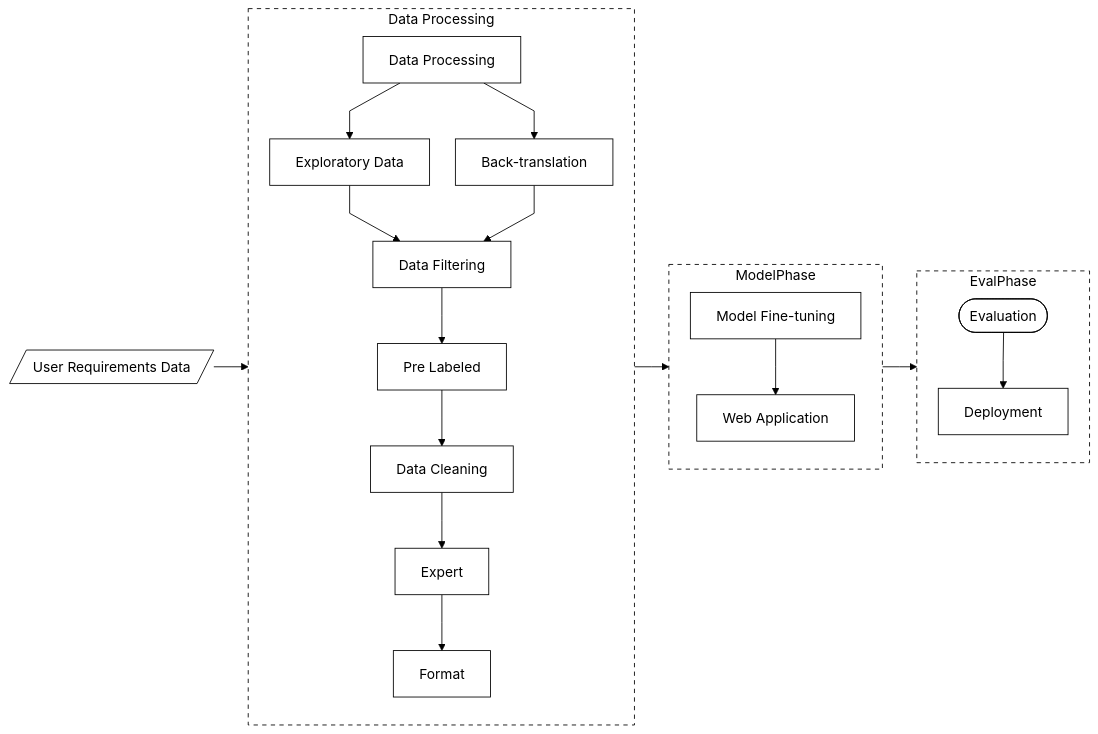
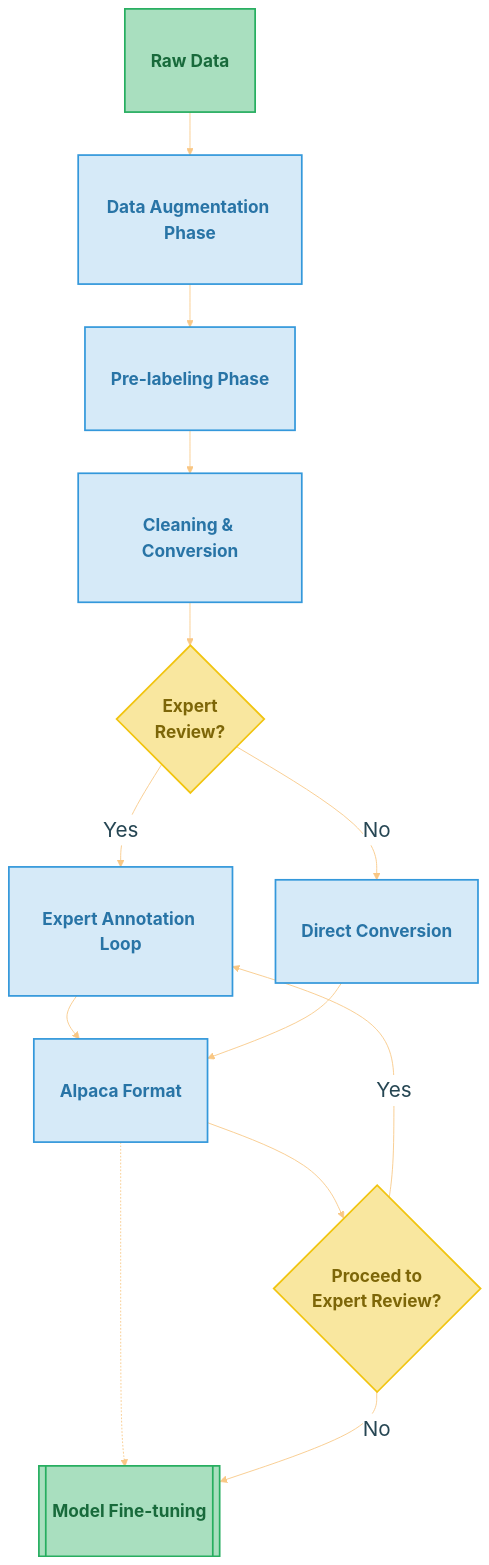
Before and after one commit to YottaCheng/MixMaster-Finetune: the diagram in cache/flowchat/data.mmd, drawn with Mermaid. The commit also changed 8 other files, not shown here.

```diff
--- a/cache/flowchat/data.mmd
+++ b/cache/flowchat/data.mmd
@@ -1,36 +1,37 @@
----
-config:
-  theme: base
-  themeVariables:
-    primaryColor: '#ffffff'
-    primaryTextColor: '#000000'
-    primaryBorderColor: '#000000'
-    lineColor: '#000000'
-    secondaryColor: '#ffffff'
-    tertiaryColor: '#ffffff'
-    background: '#ffffff'
-  flowchart:
-    diagramPadding: 10
-    nodeSpacing: 30
-    rankSpacing: 40
-    curve: linear
-  layout: fixed
----
-flowchart LR
-    UserData[/"User Requirements Data"/] --> DataPhase
-    subgraph DataPhase["Data Processing"]
-        DataProc["Data Processing"] --> EDA["Exploratory Data"] & BT["Back-translation"]
-        EDA & BT --> DF["Data Filtering"]
-        DF --> AN["Pre Labeled"] --> CL["Data Cleaning"] --> EX["Expert"] --> FC["Format"]
-    end
-    DataPhase --> ModelPhase["Model Fine-tuning Phase"]
-    subgraph ModelPhase
-        MT["Model Fine-tuning"] --> WA["Web Application"]
-    end
-    ModelPhase --> EvalPhase["Evaluation & Deployment"]
-    subgraph EvalPhase
-        EV(["Evaluation"]) --> DP["Deployment"]
-    end
-    classDef default fill:#fff,stroke:#000,stroke-width:1px
-    classDef phaseStyle fill:#fff,stroke:#000,stroke-width:1px,stroke-dasharray: 5 5
-    class DataPhase,ModelPhase,EvalPhase phaseStyle
+%%{init: {
+ 'theme': 'base',
+'themeVariables': {
+'primaryColor': '#ffffff',
+'primaryTextColor': '#264653',
+'primaryBorderColor': '#f9c784',
+'lineColor': '#f9c784',
+'clusterBkg': 'transparent',
+'clusterBorder': 'transparent',
+'fontFamily': 'Arial, Helvetica, sans-serif',
+'flowchart': {
+'nodeSpacing': 25,
+'rankSpacing': 30,
+'curve': 'basis'
+}
+}
+}}%%
+flowchart TB
+A[Raw Data] --> B[Data Augmentation Phase]
+B --> C[Pre-labeling Phase]
+C --> D[Cleaning & Conversion]
+D --> E{Expert<br>Review?}
+E -->|"<font size=5>Yes</font>"| F[Expert Annotation Loop]
+E -->|"<font size=5>No</font>"| G[Direct Conversion]
+F --> H[Alpaca Format]
+G --> H
+H --> I{Proceed to<br>Expert Review?}
+H -.-> J[[Model Fine-tuning]]
+I -->|"<font size=5>Yes</font>"| F
+I -->|"<font size=5>No</font>"| J
+%% Improved styling
+classDef phase fill:#D6EAF8,stroke:#3498DB,stroke-width:2px,color:#2874A6,text-align:center,font-size:20px,font-weight:bold,border-radius:5px,padding:8px
+classDef decision fill:#F9E79F,stroke:#F1C40F,stroke-width:2px,color:#7D6608,text-align:center,font-size:20px,font-weight:bold,width:120px,height:120px
+classDef final fill:#A9DFBF,stroke:#27AE60,stroke-width:2px,color:#186A3B,text-align:center,font-size:20px,font-weight:bold,border-radius:5px,padding:8px
+class A,J final
+class B,C,D,F,G,H phase
+class E,I decision
```
